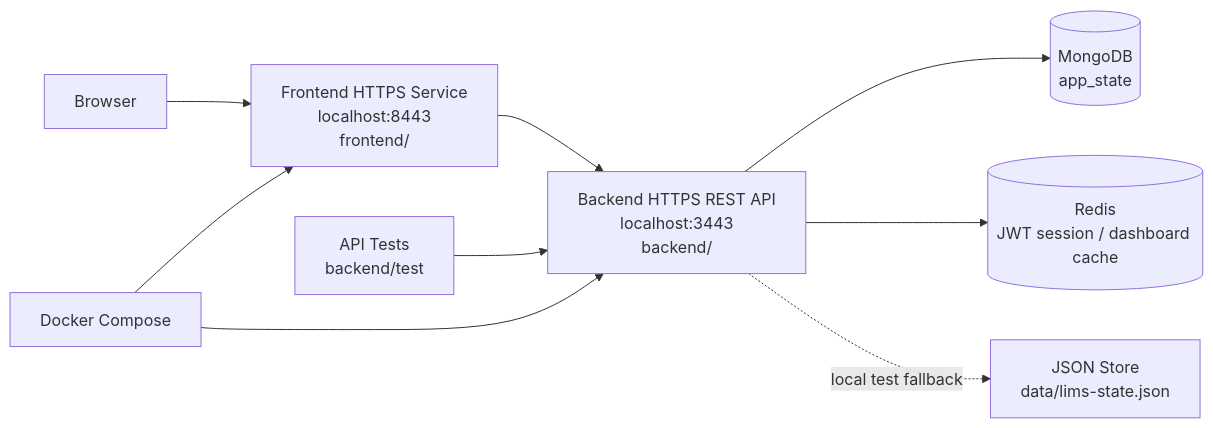
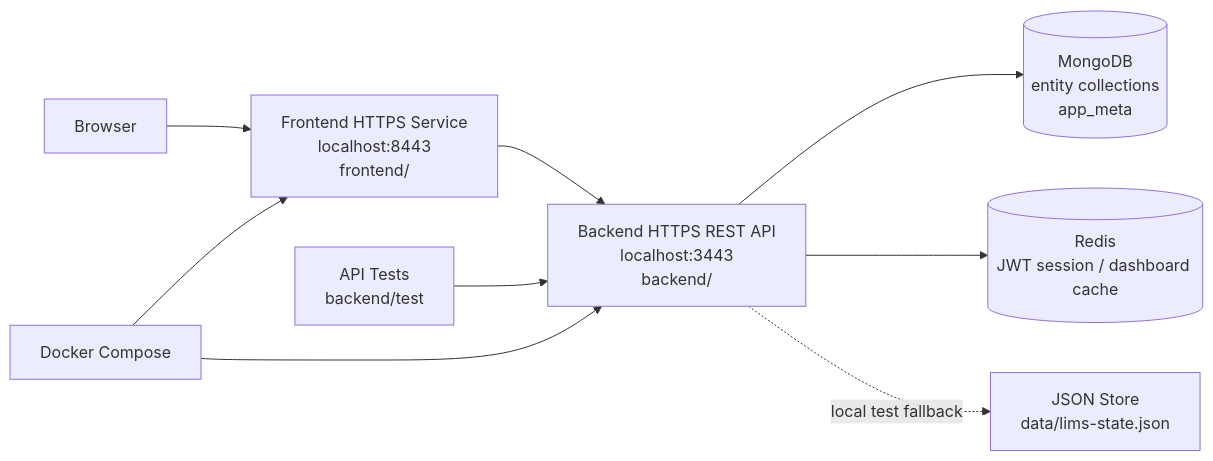
Before and after one commit to Kang-Ding-Xin-NYCU/CND_project_15: the first of 3 diagrams in docs/architecture.md, drawn with Mermaid. The commit also changed other lines of this file and 7 other files, not shown here.

````diff
--- a/docs/architecture.md
+++ b/docs/architecture.md
@@ -18,11 +18,11 @@
 ```mermaid
 flowchart LR
   Browser[Browser] --> Frontend[Frontend HTTPS Service<br/>localhost:8443<br/>frontend/]
   Frontend --> Backend[Backend HTTPS REST API<br/>localhost:3443<br/>backend/]
-  Backend --> Mongo[(MongoDB<br/>app_state)]
+  Backend --> Mongo[(MongoDB<br/>entity collections<br/>app_meta)]
   Backend --> Redis[(Redis<br/>JWT session / dashboard cache)]
   Backend -. local test fallback .-> Store[JSON Store<br/>data/lims-state.json]
   Tests[API Tests<br/>backend/test] --> Backend
   Compose[Docker Compose] --> Frontend
   Compose --> Backend
 ```
````
